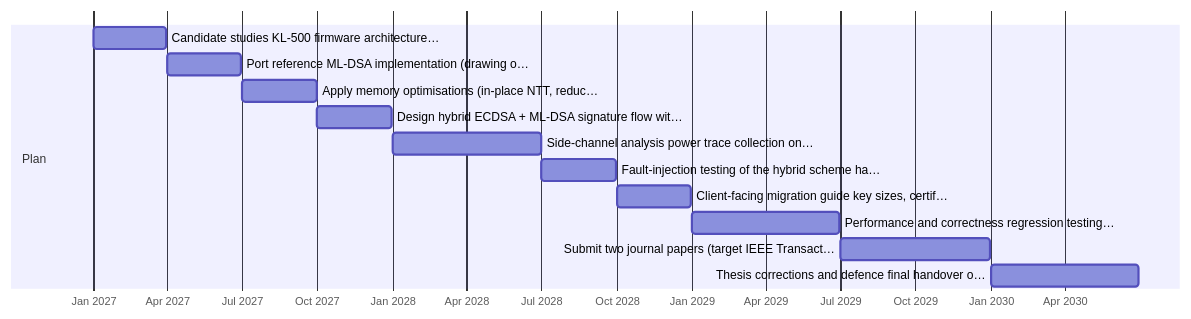
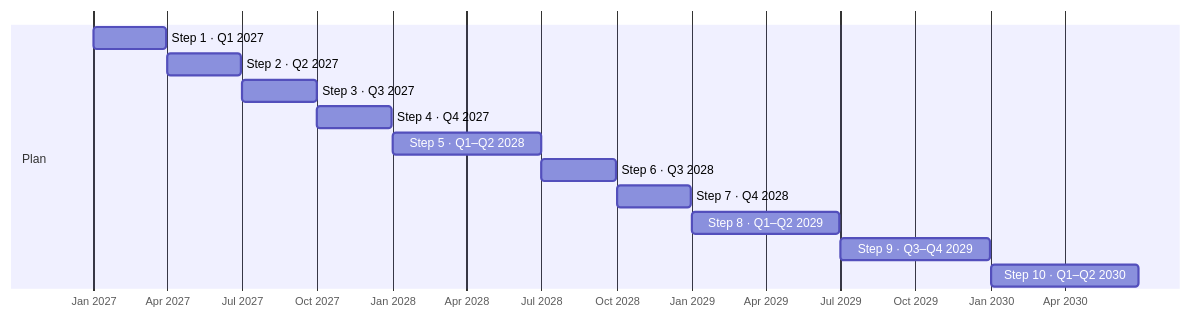
Before and after one commit to JannetEkka/spona: the second of 3 diagrams in runs/2026-10-31-full/proposals/03-C086-R0503.md, drawn with Mermaid. The commit also changed other lines of this file and 9 other files, not shown here.

First line of the commit message:
Proposal diagrams: complete labels instead of cut-off titles

````diff
--- a/runs/2026-10-31-full/proposals/03-C086-R0503.md
+++ b/runs/2026-10-31-full/proposals/03-C086-R0503.md
@@ -62,17 +62,17 @@
 ```mermaid
 gantt
     dateFormat YYYY-MM-DD
     axisFormat %b %Y
     todayMarker off
     section Plan
-    Candidate studies KL-500 firmware architecture… : p1, 2027-01-01, 2027-03-31
-    Port reference ML-DSA implementation (drawing o… : p2, 2027-04-01, 2027-06-30
-    Apply memory optimisations (in-place NTT, reduc… : p3, 2027-07-01, 2027-09-30
-    Design hybrid ECDSA + ML-DSA signature flow wit… : p4, 2027-10-01, 2027-12-31
-    Side-channel analysis power trace collection on… : p5, 2028-01-01, 2028-06-30
-    Fault-injection testing of the hybrid scheme ha… : p6, 2028-07-01, 2028-09-30
-    Client-facing migration guide key sizes, certif… : p7, 2028-10-01, 2028-12-31
-    Performance and correctness regression testing… : p8, 2029-01-01, 2029-06-30
-    Submit two journal papers (target IEEE Transact… : p9, 2029-07-01, 2029-12-31
-    Thesis corrections and defence final handover o… : p10, 2030-01-01, 2030-06-30
+    Step 1 · Q1 2027 : p1, 2027-01-01, 2027-03-31
+    Step 2 · Q2 2027 : p2, 2027-04-01, 2027-06-30
+    Step 3 · Q3 2027 : p3, 2027-07-01, 2027-09-30
+    Step 4 · Q4 2027 : p4, 2027-10-01, 2027-12-31
+    Step 5 · Q1–Q2 2028 : p5, 2028-01-01, 2028-06-30
+    Step 6 · Q3 2028 : p6, 2028-07-01, 2028-09-30
+    Step 7 · Q4 2028 : p7, 2028-10-01, 2028-12-31
+    Step 8 · Q1–Q2 2029 : p8, 2029-01-01, 2029-06-30
+    Step 9 · Q3–Q4 2029 : p9, 2029-07-01, 2029-12-31
+    Step 10 · Q1–Q2 2030 : p10, 2030-01-01, 2030-06-30
 ```
````
